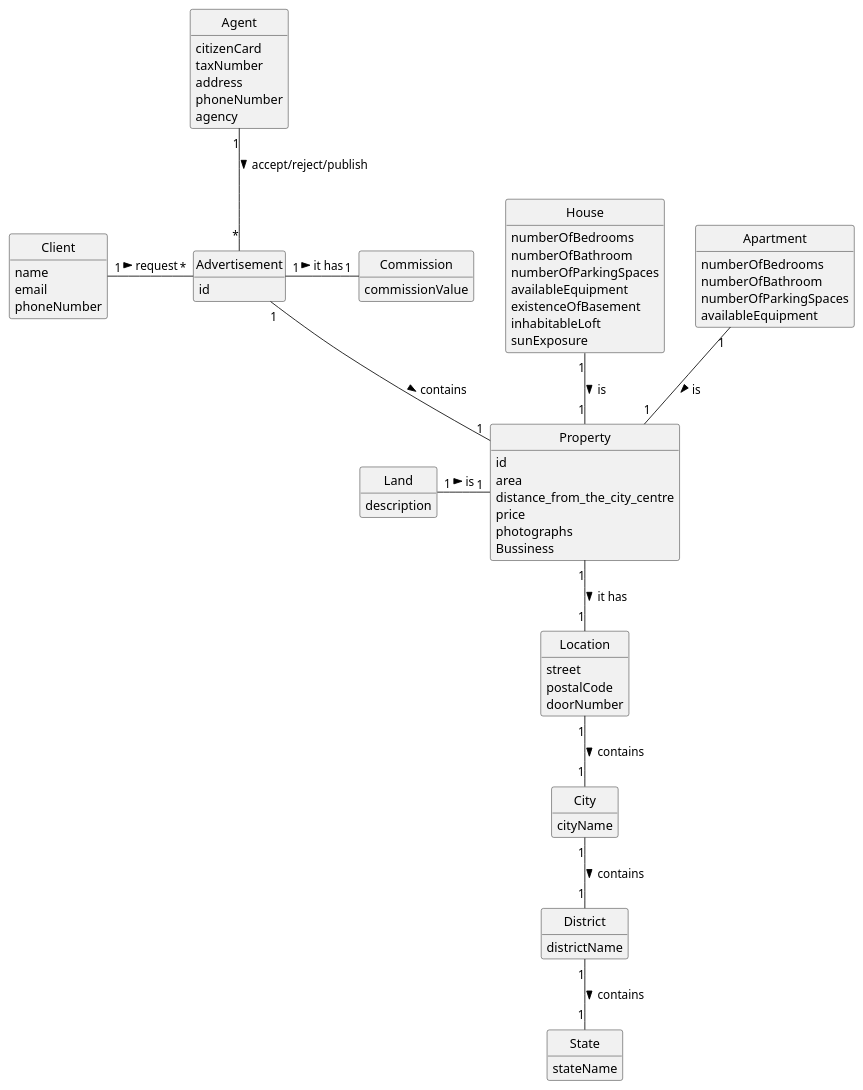
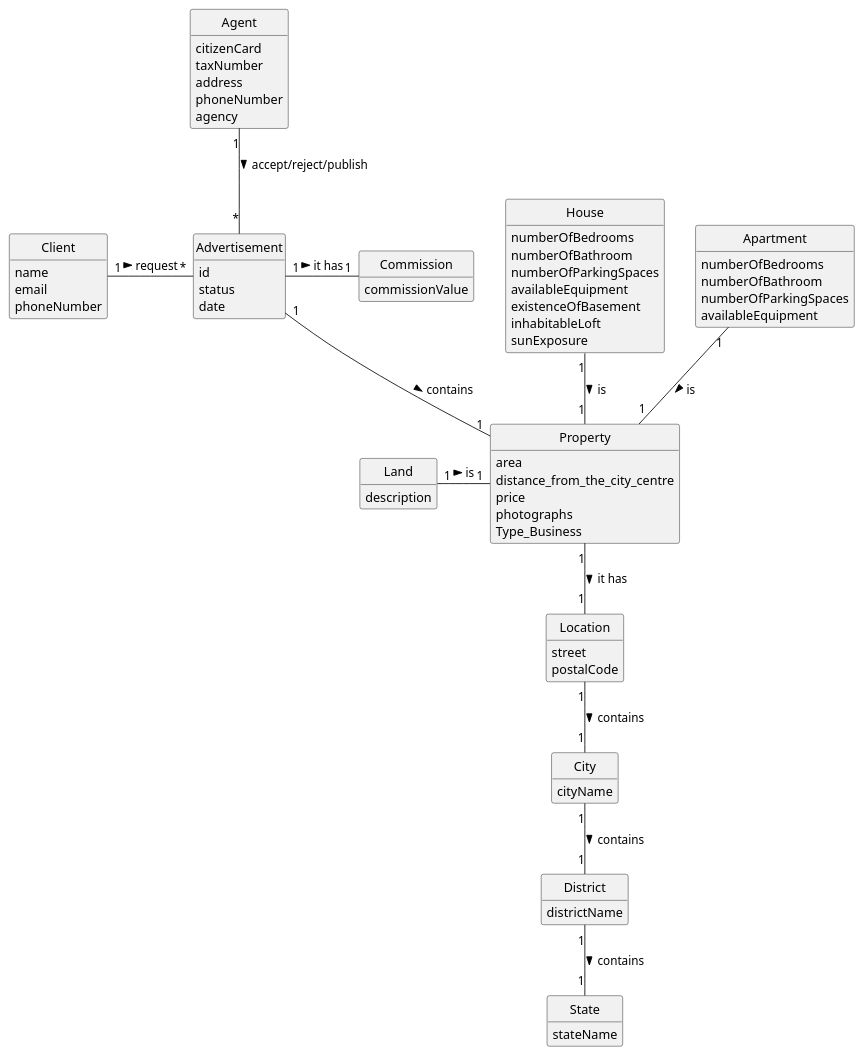
The diagram in docs/sprintC/US008/02.analysis/puml/DM_US8.puml (tiagohcorreia/LAPR2), drawn with PlantUML before and after one commit. The commit also changed 24 other files, not shown here.

Commit message:
US8_Design: Rationale, Systematization, Sequence Diagram, Class Diagram;

```diff
--- a/docs/sprintC/US008/02.analysis/puml/DM_US8.puml
+++ b/docs/sprintC/US008/02.analysis/puml/DM_US8.puml
@@ -1,103 +1,104 @@
 @startuml
 skinparam monochrome true
 skinparam packageStyle rectangle
 skinparam shadowing false
 
 'left to right direction
 
 skinparam classAttributeIconSize 0
 
 hide circle
 hide methods
 
 class Agent {
     citizenCard
     taxNumber
     address
     phoneNumber
     agency
 }
 
 
 
 class Advertisement {
     id
+    status
+    date
 }
 class Client {
     name
     email
     phoneNumber
 }
 
 
 class House {
      numberOfBedrooms
      numberOfBathroom
      numberOfParkingSpaces
      availableEquipment
      existenceOfBasement
      inhabitableLoft
      sunExposure
 }
 
 class Apartment {
      numberOfBedrooms
      numberOfBathroom
      numberOfParkingSpaces
      availableEquipment
 
 }
 class Land {
      description
 }
 
 class Commission {
     commissionValue
 }
 
 class Property {
-     id
+
      area
      distance_from_the_city_centre
      price
      photographs
-     Bussiness
+     Type_Business
 
 }
 
 class Location{
      street
      postalCode
-     doorNumber
 }
 class City{
     cityName
 }
 
 class District{
     districtName
 }
 class State{
     stateName
 }
 
 
 
 
 Advertisement "1" -- "1" Property: contains >
 Agent "1" -- "*" Advertisement: accept/reject/publish >
 Client "1" - "*" Advertisement: request >
 House "1" --"1" Property: is >
 Apartment"1" -- "1" Property: is >
 Land"1" - "1" Property: is >
 Advertisement"1" - "1" Commission: it has >
 Property "1" -- "1" Location: it has >
 Location "1" -- "1" City: contains >
 City "1" -- "1" District: contains >
 District "1" -- "1" State: contains >
 
 
 
 
 
 @enduml
```
